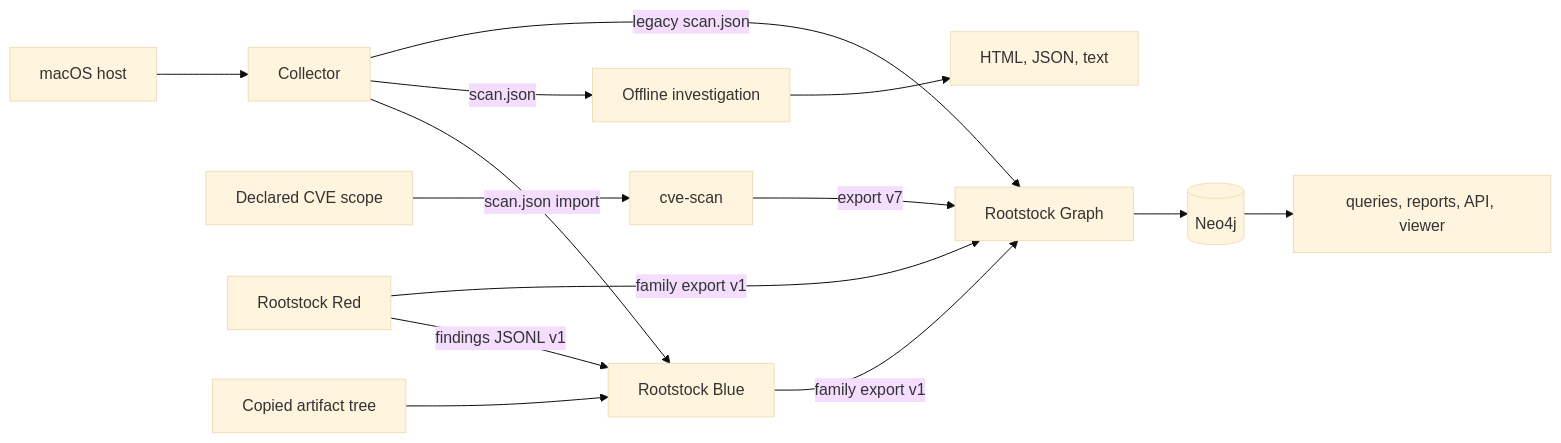
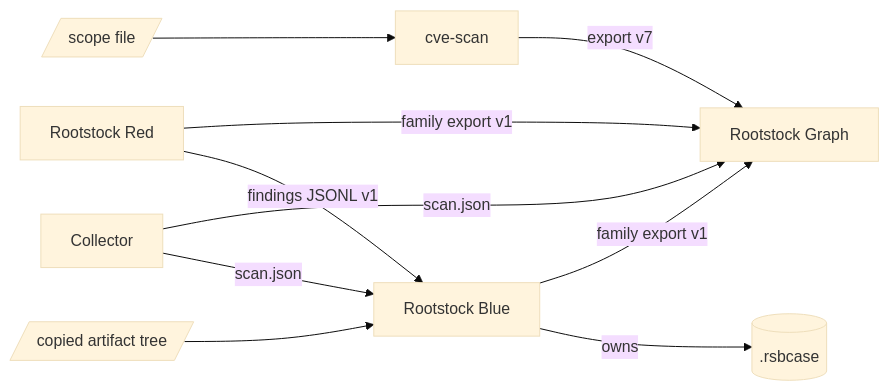
The second of 7 diagrams in docs/ARCHITECTURE.md (sebastianspicker/rootstock-macos), drawn with Mermaid (base theme) before and after one commit. The commit also changed other lines of this file and 2 other files, not shown here.

First line of the commit message:
Document how Rootstock runs, with code-linked architecture diagrams

````diff
--- a/docs/ARCHITECTURE.md
+++ b/docs/ARCHITECTURE.md
@@ -9,16 +62,13 @@
 ```mermaid
 flowchart LR
-    Host[macOS host] --> Collector[Collector]
-    Collector -->|legacy scan.json| Graph[Rootstock Graph]
-    Collector -->|scan.json| Investigation[Offline investigation]
-    Investigation --> LocalOutputs[HTML, JSON, text]
-    Scope[Declared CVE scope] --> CVE[cve-scan]
-    CVE -->|export v7| Graph
-    Red[Rootstock Red] -->|family export v1| Graph
-    Red -->|findings JSONL v1| Blue[Rootstock Blue]
-    Collector -->|scan.json import| Blue
-    Blue -->|family export v1| Graph
-    Graph --> Neo4j[(Neo4j)]
-    Neo4j --> Outputs[queries, reports, API, viewer]
-    Artifacts[Copied artifact tree] --> Blue
+    collector[Collector]
+    scope[/scope file/] --> cve[cve-scan]
+    cve -->|export v7| rsgraph[Rootstock Graph]
+    red[Rootstock Red] -->|family export v1| rsgraph
+    red -->|findings JSONL v1| blue[Rootstock Blue]
+    artifacts[/copied artifact tree/] --> blue
+    collector -->|scan.json| rsgraph
+    collector -->|scan.json| blue
+    blue -->|family export v1| rsgraph
+    blue -->|owns| case[(.rsbcase)]
 ```
````
